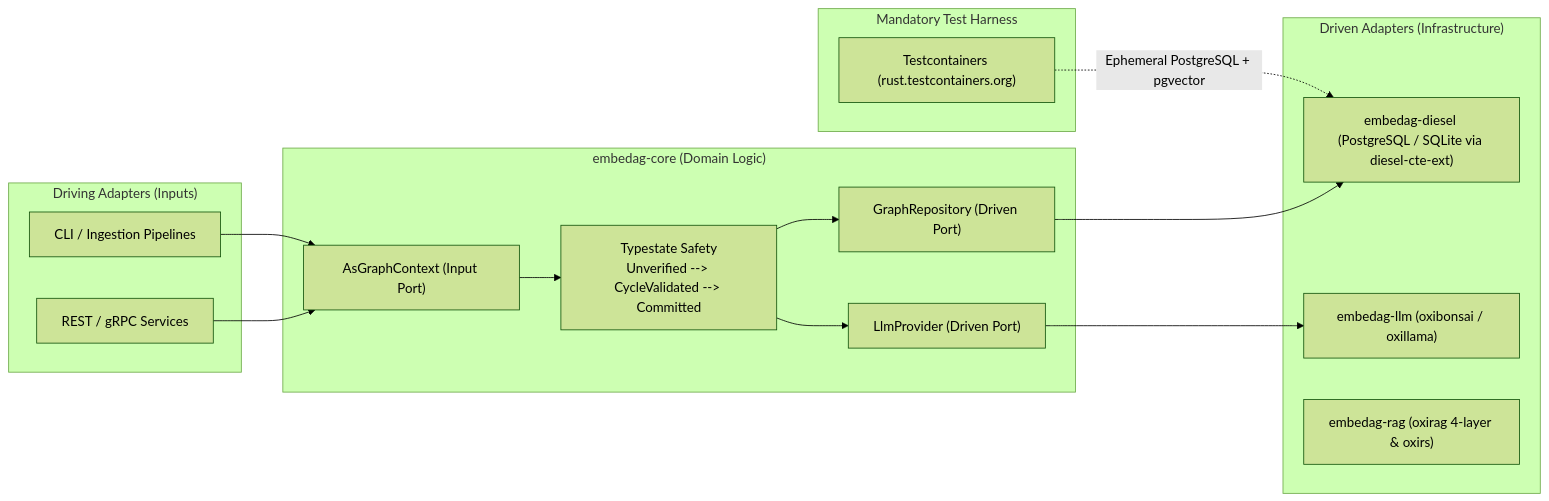
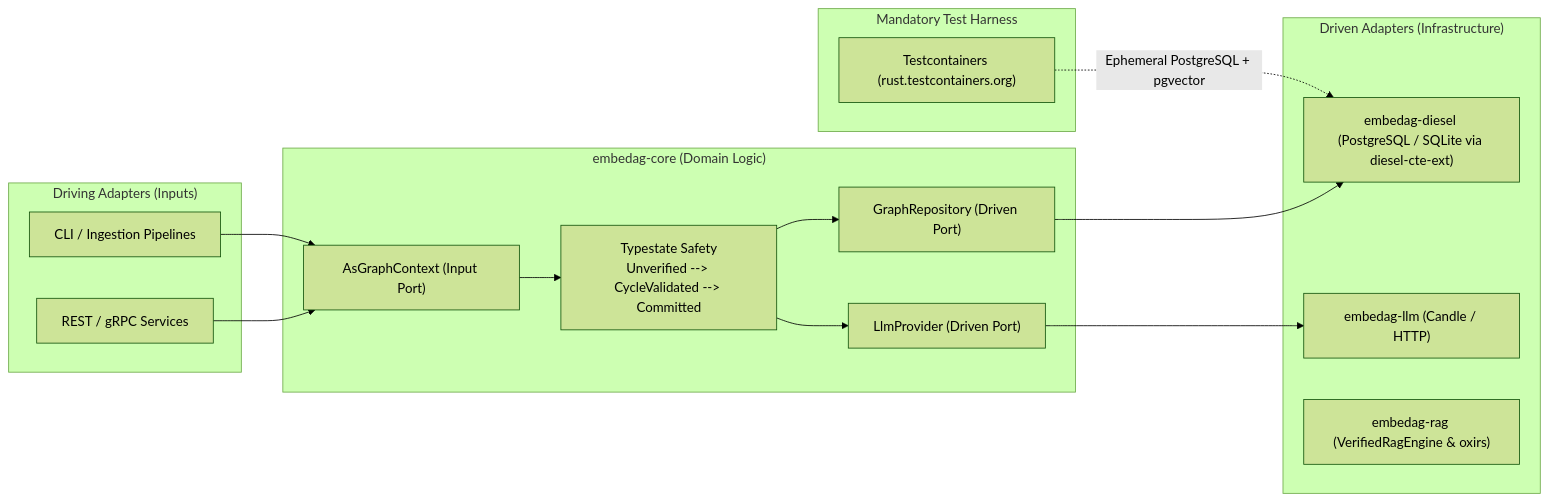
The diagram in doc/03_Architectural_Design_Patterns.md (yasuomaidana/embedag), drawn with Mermaid (forest theme) before and after one commit. The commit also changed other lines of this file and 42 other files, not shown here.

First line of the commit message:
[EMBEDAG-119] Remove oxirag/oxillama/oxibonsai (BUSL relicense) with pure-Rust replacements (#15)

````diff
--- a/doc/03_Architectural_Design_Patterns.md
+++ b/doc/03_Architectural_Design_Patterns.md
@@ -21,31 +21,31 @@
 ```mermaid
 flowchart LR
     subgraph DrivingAdapters ["Driving Adapters (Inputs)"]
         CLI["CLI / Ingestion Pipelines"]
         REST["REST / gRPC Services"]
     end
 
     subgraph CorePort ["embedag-core (Domain Logic)"]
         AsContext["AsGraphContext (Input Port)"]
         RepoPort["GraphRepository (Driven Port)"]
         LlmPort["LlmProvider (Driven Port)"]
         Typestate["Typestate Safety<br/>Unverified --> CycleValidated --> Committed"]
     end
 
     subgraph DrivenAdapters ["Driven Adapters (Infrastructure)"]
         Diesel["embedag-diesel (PostgreSQL / SQLite via diesel-cte-ext)"]
-        LLM["embedag-llm (oxibonsai / oxillama)"]
-        RAG["embedag-rag (oxirag 4-layer & oxirs)"]
+        LLM["embedag-llm (Candle / HTTP)"]
+        RAG["embedag-rag (VerifiedRagEngine & oxirs)"]
     end
 
     subgraph TestHarness ["Mandatory Test Harness"]
         TC["Testcontainers (rust.testcontainers.org)"]
     end
 
     CLI & REST --> AsContext
     AsContext --> Typestate
     Typestate --> RepoPort & LlmPort
     RepoPort --> Diesel
     LlmPort --> LLM
     TC -.->|Ephemeral PostgreSQL + pgvector| Diesel
 ```
````
